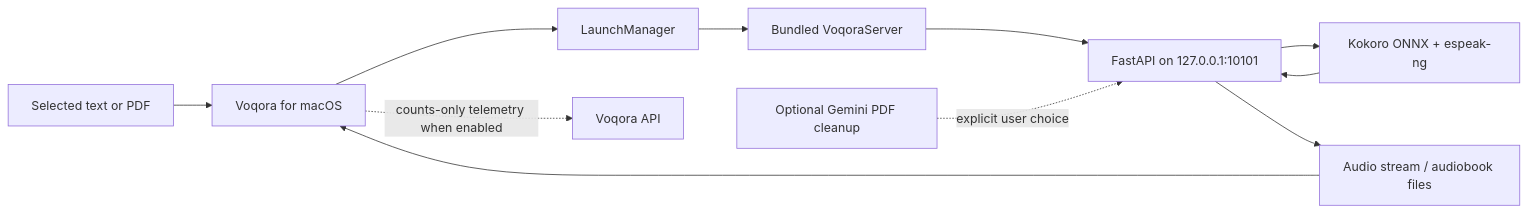
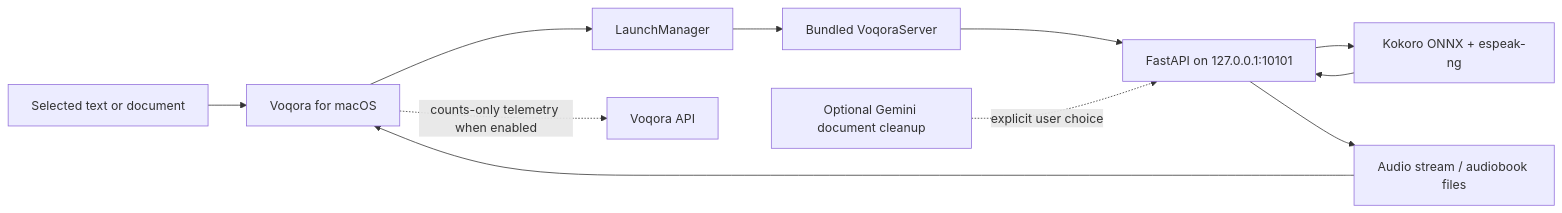
Before and after one commit to himudigonda/Voqora: the diagram in docs/architecture.md, drawn with Mermaid. The commit also changed other lines of this file and 8 other files, not shown here.

````diff
--- a/docs/architecture.md
+++ b/docs/architecture.md
@@ -9,13 +9,13 @@
 ```mermaid
 flowchart LR
-    U["Selected text or PDF"] --> M["Voqora for macOS"]
+    U["Selected text or document"] --> M["Voqora for macOS"]
     M --> L["LaunchManager"]
     L --> S["Bundled VoqoraServer"]
     S --> A["FastAPI on 127.0.0.1:10101"]
     A --> T["Kokoro ONNX + espeak-ng"]
     T --> A
     A --> P["Audio stream / audiobook files"]
     P --> M
-    O["Optional Gemini PDF cleanup"] -. explicit user choice .-> A
+    O["Optional Gemini document cleanup"] -. explicit user choice .-> A
     M -. counts-only telemetry when enabled .-> H["Voqora API"]
 ```
````
